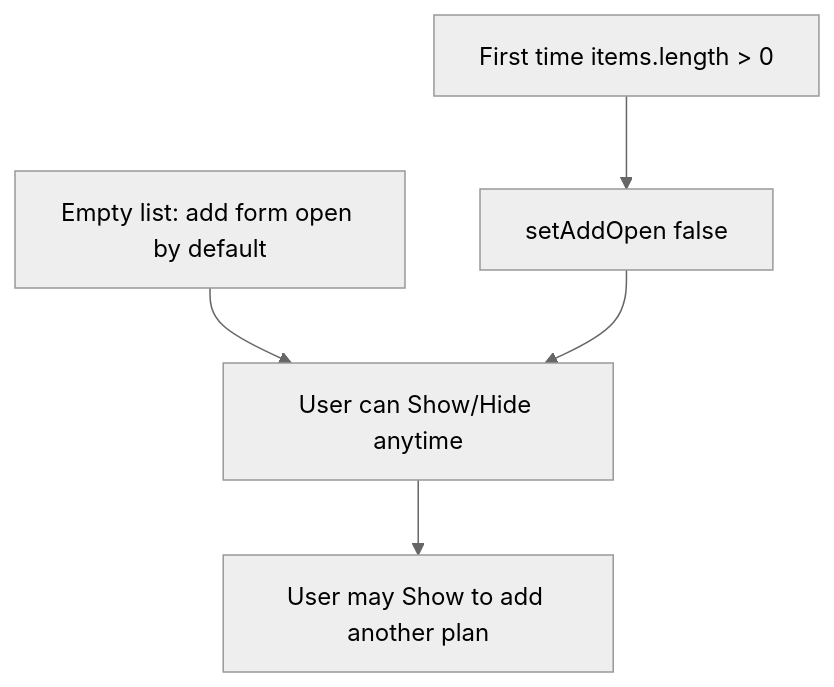
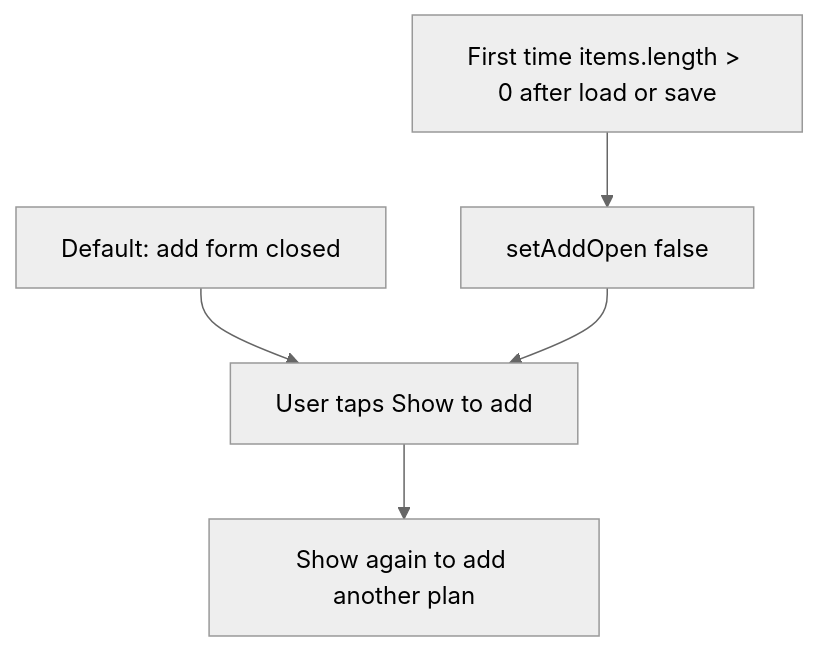
Before and after one commit to becomeonewiththecode/expense_tracker: the first of 4 diagrams in docs/PAYMENT_PLANS.md, drawn with Mermaid (neutral theme). The commit also changed other lines of this file and 26 other files, not shown here.

````diff
--- a/docs/PAYMENT_PLANS.md
+++ b/docs/PAYMENT_PLANS.md
@@ -25,9 +25,9 @@
 ```mermaid
 flowchart TD
-  E[Empty list: add form open by default]
-  E --> SH[User can Show/Hide anytime]
-  N[First time items.length > 0]
+  E[Default: add form closed]
+  E --> SH[User taps Show to add]
+  N[First time items.length > 0 after load or save]
   N --> C[setAddOpen false]
   C --> SH
-  SH --> M[User may Show to add another plan]
+  SH --> M[Show again to add another plan]
 ```
````
